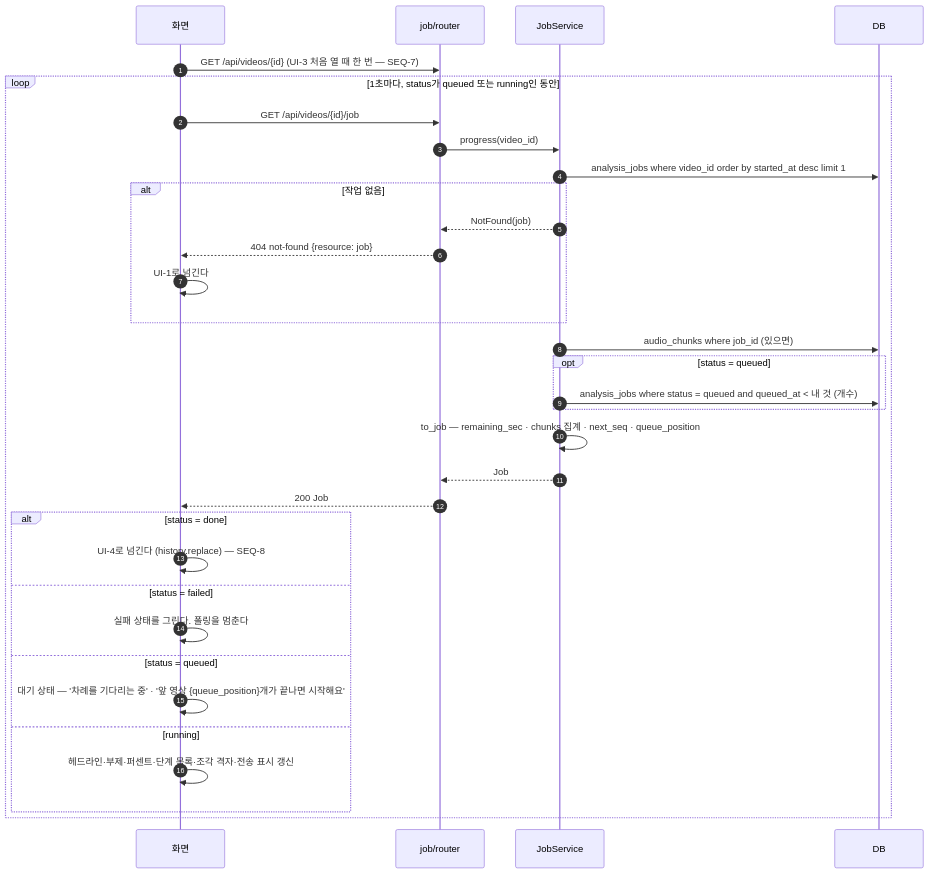
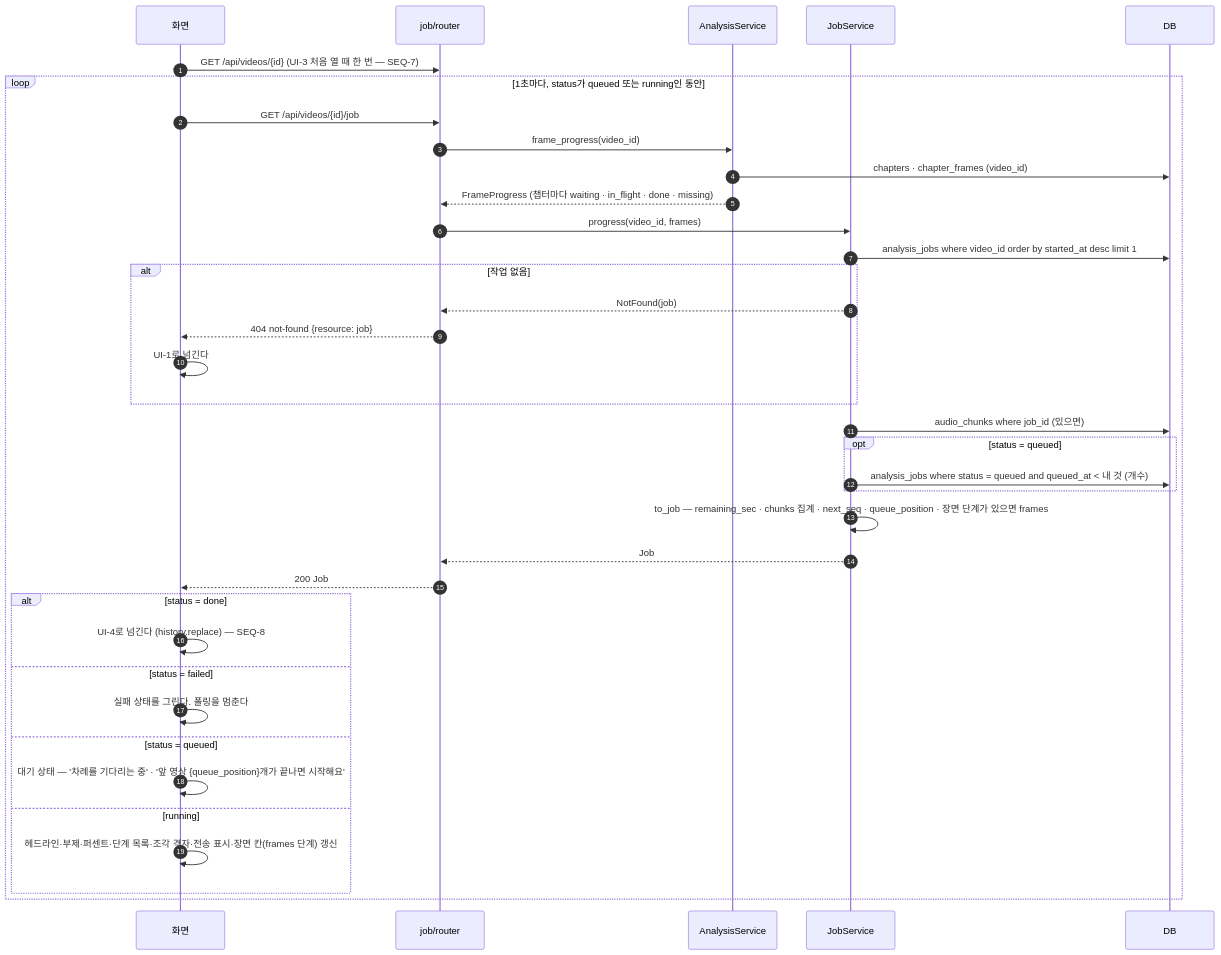
One commit to HoyoungParkme/video-agent changed the fifth of 19 diagrams in docs/specs/09-SEQ/VA-SEQ-001.md. Above: the diagram before and after it, drawn with Mermaid. The commit also changed other lines of this file, not shown here.

First line of the commit message:
결과 그림 · 파일 올리기 시퀀스 — 새 흐름 넷(SEQ-15 올리기 · SEQ-16 장면 단계와 끝 · SEQ-17 옛 결과 장면 채우기 · SEQ-18 인포그래픽 맡기기), 폴링이 장면 칸을 받고 · 결과가 채우기 · 인포그래픽을 잇고 · 내보내기가 그림을 복사하고 · 삭제가 뒤 일을 멈추고 · 시작이 사본을 청소한다, 되먹일 것 9~11

````diff
--- a/docs/specs/09-SEQ/VA-SEQ-001.md
+++ b/docs/specs/09-SEQ/VA-SEQ-001.md
@@ -406,36 +415,40 @@
 ```mermaid
 sequenceDiagram
     autonumber
     participant W as 화면
     participant RJ as job/router
+    participant AS as AnalysisService
     participant JS as JobService
     participant DB
 
     W->>RJ: GET /api/videos/{id} (UI-3 처음 열 때 한 번 — SEQ-7)
     loop 1초마다, status가 queued 또는 running인 동안
         W->>RJ: GET /api/videos/{id}/job
-        RJ->>JS: progress(video_id)
+        RJ->>AS: frame_progress(video_id)
+        AS->>DB: chapters · chapter_frames (video_id)
+        AS-->>RJ: FrameProgress (챕터마다 waiting · in_flight · done · missing)
+        RJ->>JS: progress(video_id, frames)
         JS->>DB: analysis_jobs where video_id order by started_at desc limit 1
         alt 작업 없음
             JS-->>RJ: NotFound(job)
             RJ-->>W: 404 not-found {resource: job}
             W->>W: UI-1로 넘긴다
         end
         JS->>DB: audio_chunks where job_id (있으면)
         opt status = queued
             JS->>DB: analysis_jobs where status = queued and queued_at < 내 것 (개수)
         end
-        JS->>JS: to_job — remaining_sec · chunks 집계 · next_seq · queue_position
+        JS->>JS: to_job — remaining_sec · chunks 집계 · next_seq · queue_position · 장면 단계가 있으면 frames
         JS-->>RJ: Job
         RJ-->>W: 200 Job
         alt status = done
             W->>W: UI-4로 넘긴다 (history.replace) — SEQ-8
         else status = failed
             W->>W: 실패 상태를 그린다. 폴링을 멈춘다
         else status = queued
             W->>W: 대기 상태 — '차례를 기다리는 중' · '앞 영상 {queue_position}개가 끝나면 시작해요'
         else running
-            W->>W: 헤드라인·부제·퍼센트·단계 목록·조각 격자·전송 표시 갱신
+            W->>W: 헤드라인·부제·퍼센트·단계 목록·조각 격자·전송 표시·장면 칸(frames 단계) 갱신
         end
     end
 ```
````
